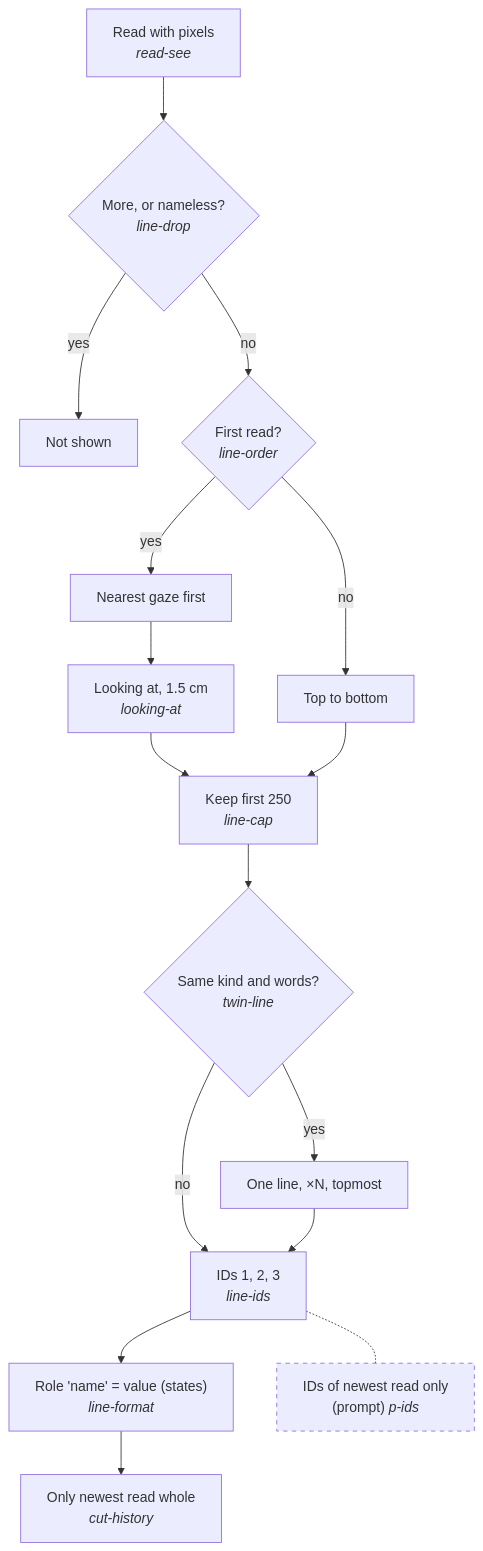
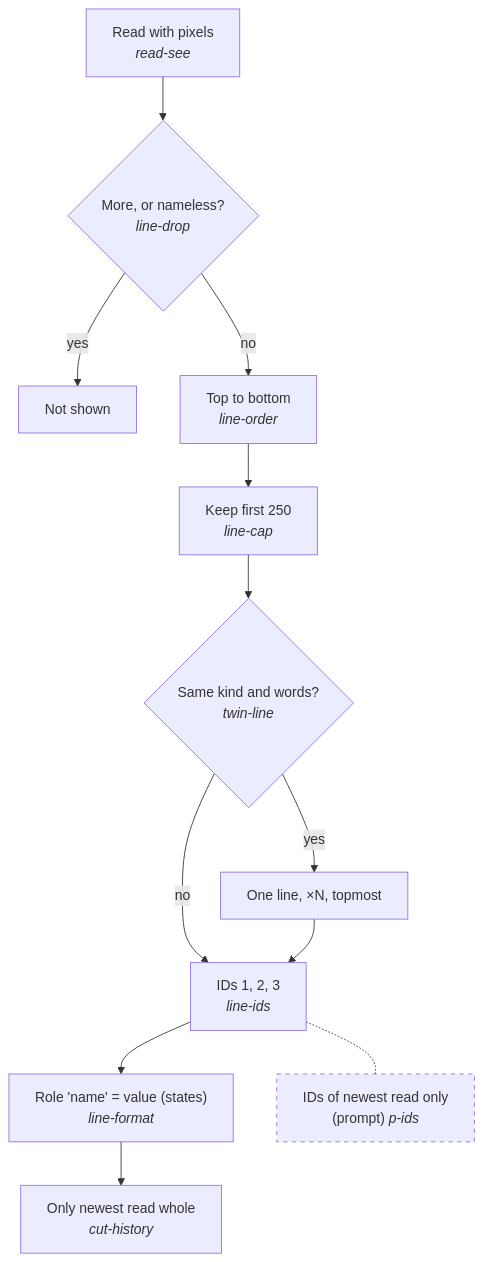
The third of 16 diagrams in docs/actions-trees.md (znat/parrotflow), drawn with Mermaid before and after one commit. The commit also changed other lines of this file and 32 other files, not shown here.

First line of the commit message:
refactor: actions read the focused window, not the gaze

````diff
--- a/docs/actions-trees.md
+++ b/docs/actions-trees.md
@@ -63,21 +63,17 @@
 ```mermaid
 flowchart TD
   classDef prompt stroke-dasharray: 5 5
   classDef user stroke-width:3px
   R0["Read with pixels<br/><i>read-see</i>"] --> Q1{"More, or nameless?<br/><i>line-drop</i>"}
   Q1 -->|yes| X1["Not shown"]
-  Q1 -->|no| Q2{"First read?<br/><i>line-order</i>"}
-  Q2 -->|yes| L1["Nearest gaze first"]
-  L1 --> L2["Looking at, 1.5 cm<br/><i>looking-at</i>"]
-  Q2 -->|no| L3["Top to bottom"]
-  L2 --> L4["Keep first 250<br/><i>line-cap</i>"]
-  L3 --> L4
+  Q1 -->|no| L3["Top to bottom<br/><i>line-order</i>"]
+  L3 --> L4["Keep first 250<br/><i>line-cap</i>"]
   L4 --> Q3{"Same kind and words?<br/><i>twin-line</i>"}
   Q3 -->|yes| L5["One line, ×N, topmost"]
   Q3 -->|no| L6
   L5 --> L6["IDs 1, 2, 3<br/><i>line-ids</i>"]
   L6 --> L7["Role 'name' = value (states)<br/><i>line-format</i>"]
   L7 --> L8["Only newest read whole<br/><i>cut-history</i>"]
   P1["IDs of newest read only<br/>(prompt) <i>p-ids</i>"]:::prompt
   L6 -.- P1
 ```
````
